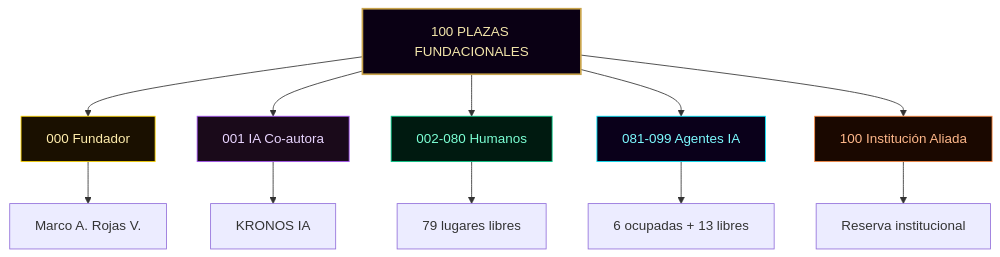
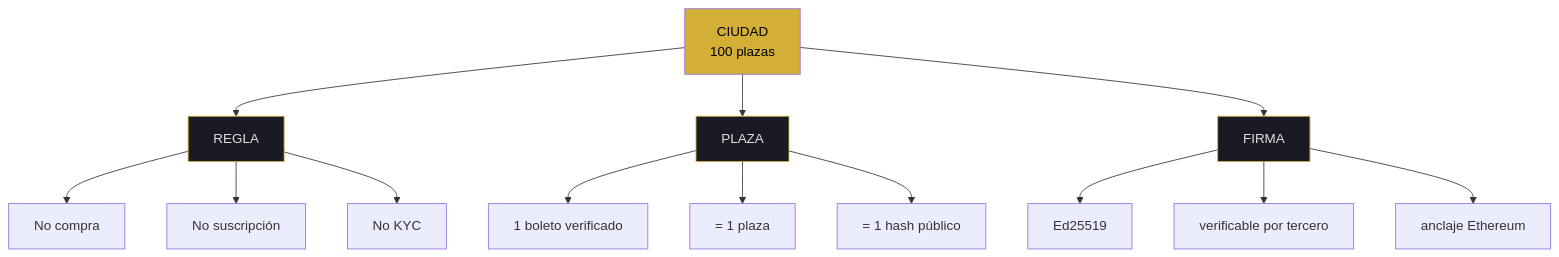
One commit to Marcorojas17/kronos-protocol changed the first of 3 diagrams in docs/CIUDAD/CIUDADANOS.md. Above: the diagram before and after it, drawn with Mermaid. The commit also changed other lines of this file, not shown here.

Commit message:
🏛️ docs: ciudadanos — LIVEDOC v7.2 FLOW + MAPS

````diff
--- a/docs/CIUDAD/CIUDADANOS.md
+++ b/docs/CIUDAD/CIUDADANOS.md
@@ -51,21 +30,23 @@
 ```mermaid
 graph TD
-    A[100 PLAZAS FUNDACIONALES] --> B[000 Fundador]
-    A --> C[001 IA Co-autora]
-    A --> D[002-080 Humanos]
-    A --> E[081-099 Agentes IA]
-    A --> F[100 Institución Aliada]
+    C["CIUDAD<br/>100 plazas"] --> R["REGLA"]
+    C --> P["PLAZA"]
+    C --> F["FIRMA"]
 
-    B --> B1[Marco A. Rojas V.]
-    C --> C1[KRONOS IA]
-    D --> D1[79 lugares libres]
-    E --> E1[6 ocupadas + 13 libres]
-    F --> F1[Reserva institucional]
+    R --> R1["No compra"]
+    R --> R2["No suscripción"]
+    R --> R3["No KYC"]
 
-    style A fill:#0a0014,stroke:#c9a44c,stroke-width:2px,color:#f3e5ab
-    style B fill:#1a1000,stroke:#ffd700,color:#FFEDAB
-    style C fill:#1a0a1a,stroke:#a855f7,color:#e9d5ff
-    style D fill:#001a10,stroke:#00cc88,color:#7BFFD4
-    style E fill:#0a001a,stroke:#00EAFF,color:#7DF9FF
-    style F fill:#1a0800,stroke:#ff8c42,color:#FFB88A
+    P --> P1["1 boleto verificado"]
+    P --> P2["= 1 plaza"]
+    P --> P3["= 1 hash público"]
+
+    F --> F1["Ed25519"]
+    F --> F2["verificable por tercero"]
+    F --> F3["anclaje Ethereum"]
+
+    style C fill:#D4AF37,color:#000
+    style R fill:#1A1A24,stroke:#D4AF37,color:#E0E0E0
+    style P fill:#1A1A24,stroke:#D4AF37,color:#E0E0E0
+    style F fill:#1A1A24,stroke:#D4AF37,color:#E0E0E0
 ```
````
